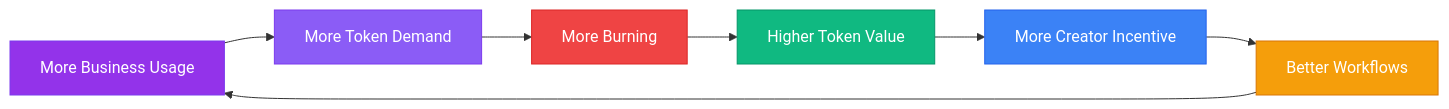
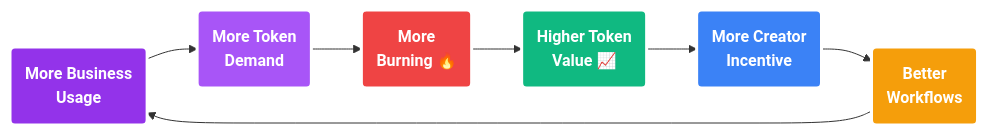
Before and after one commit to Sinamun/ActionModelDocs: the diagram in tokenomics/token-utility.mdx, drawn with Mermaid.

Commit message:
Improve Virtuous Cycle diagram: rounded corners, better visibility, white borders, line breaks, and emojis

````diff
--- a/tokenomics/token-utility.mdx
+++ b/tokenomics/token-utility.mdx
@@ -273,16 +273,18 @@
 ```mermaid
 graph LR
-    A[More Business Usage] --> B[More Token Demand]
-    B --> C[More Burning]
-    C --> D[Higher Token Value]
-    D --> E[More Creator Incentive]
-    E --> F[Better Workflows]
+    A(More Business<br/>Usage) --> B(More Token<br/>Demand)
+    B --> C(More<br/>Burning 🔥)
+    C --> D(Higher Token<br/>Value 📈)
+    D --> E(More Creator<br/>Incentive)
+    E --> F(Better<br/>Workflows)
     F --> A
     
-    style A fill:#9333ea,stroke:#7c3aed,color:#fff
-    style B fill:#8b5cf6,stroke:#7c3aed,color:#fff
-    style C fill:#ef4444,stroke:#dc2626,color:#fff
-    style D fill:#10b981,stroke:#059669,color:#fff
-    style E fill:#3b82f6,stroke:#2563eb,color:#fff
-    style F fill:#f59e0b,stroke:#d97706,color:#fff
+    style A fill:#9333ea,stroke:#fff,stroke-width:3px,color:#fff,font-weight:bold
+    style B fill:#a855f7,stroke:#fff,stroke-width:3px,color:#fff,font-weight:bold
+    style C fill:#ef4444,stroke:#fff,stroke-width:3px,color:#fff,font-weight:bold
+    style D fill:#10b981,stroke:#fff,stroke-width:3px,color:#fff,font-weight:bold
+    style E fill:#3b82f6,stroke:#fff,stroke-width:3px,color:#fff,font-weight:bold
+    style F fill:#f59e0b,stroke:#fff,stroke-width:3px,color:#fff,font-weight:bold
+    
+    classDef default fill:#1f2937,stroke:#374151,color:#f3f4f6
 ```
````
